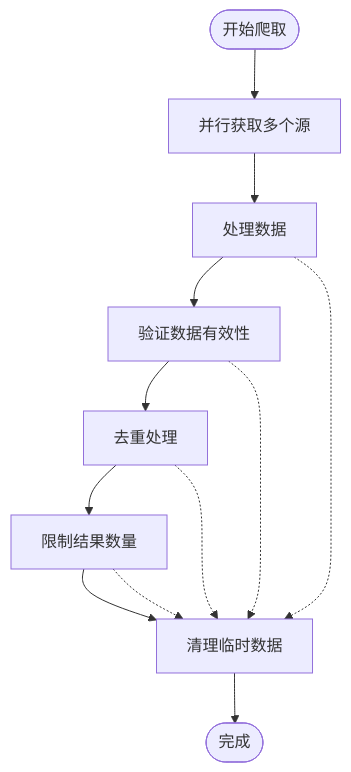
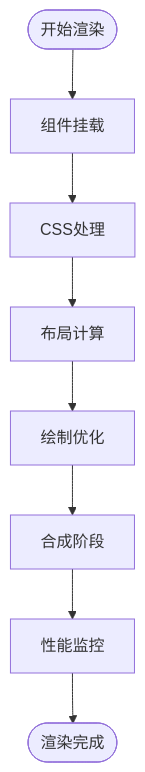
Before and after one commit to liangxuanliang-cmd/carbon-info-agent: diagram 20 of 20 in .qoder/repowiki/zh/content/数据管理/新闻数据管理/增强的新闻数据管理.md, drawn with Mermaid. The commit also changed other lines of this file and 7 other files, not shown here.

````diff
--- a/.qoder/repowiki/zh/content/数据管理/新闻数据管理/增强的新闻数据管理.md
+++ b/.qoder/repowiki/zh/content/数据管理/新闻数据管理/增强的新闻数据管理.md
@@ -739,14 +844,10 @@
 ```mermaid
 flowchart TD
-Start([开始爬取]) --> ParallelFetch["并行获取多个源"]
-ParallelFetch --> ProcessData["处理数据"]
-ProcessData --> ValidateData["验证数据有效性"]
-ValidateData --> Deduplicate["去重处理"]
-Deduplicate --> LimitResults["限制结果数量"]
-LimitResults --> Cleanup["清理临时数据"]
-Cleanup --> End([完成])
-ProcessData -.-> Cleanup
-ValidateData -.-> Cleanup
-Deduplicate -.-> Cleanup
-LimitResults -.-> Cleanup
+Start([开始渲染]) --> ComponentMount["组件挂载"]
+ComponentMount --> CSSProcessing["CSS处理"]
+CSSProcessing --> LayoutCalculation["布局计算"]
+LayoutCalculation --> PaintOptimization["绘制优化"]
+PaintOptimization --> Composite["合成阶段"]
+Composite --> PerformanceMonitoring["性能监控"]
+PerformanceMonitoring --> End([渲染完成])
 ```
````
